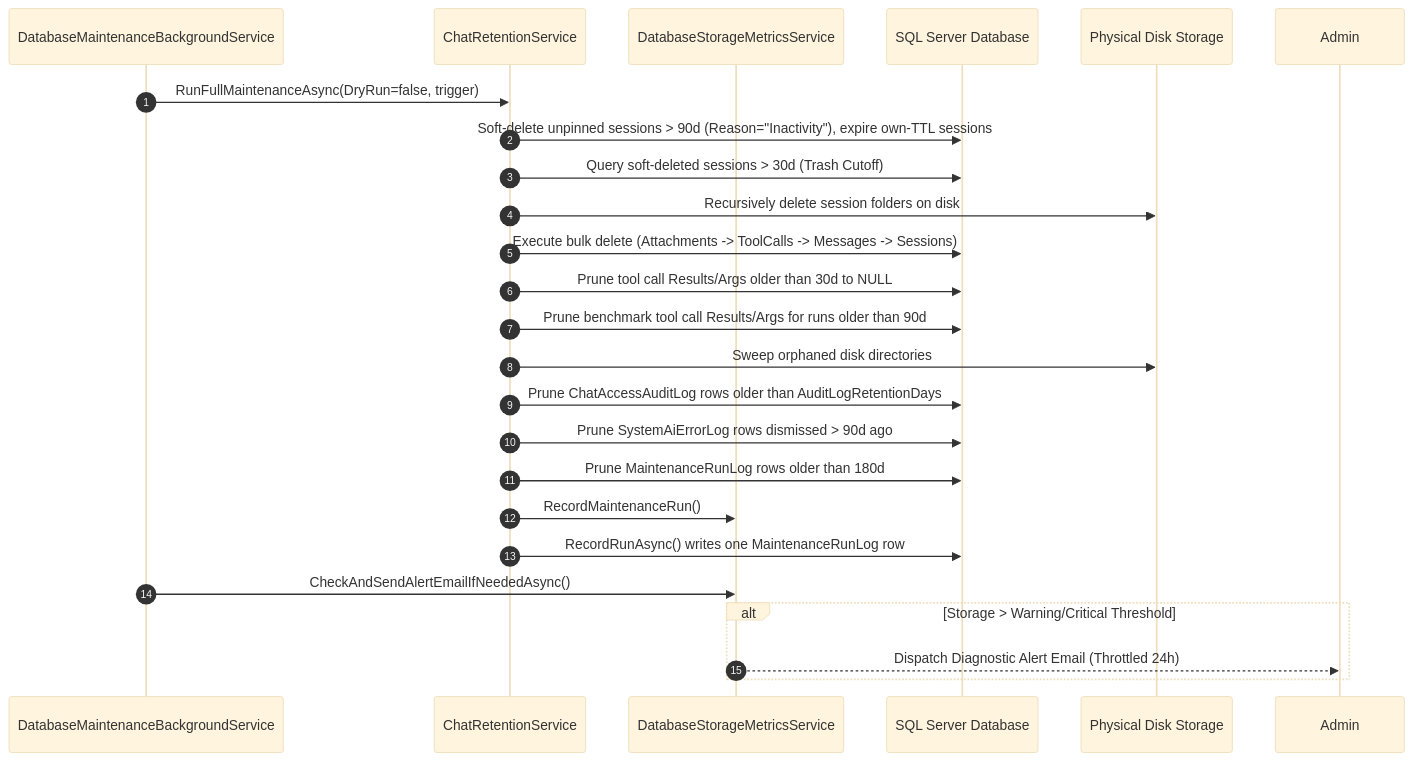
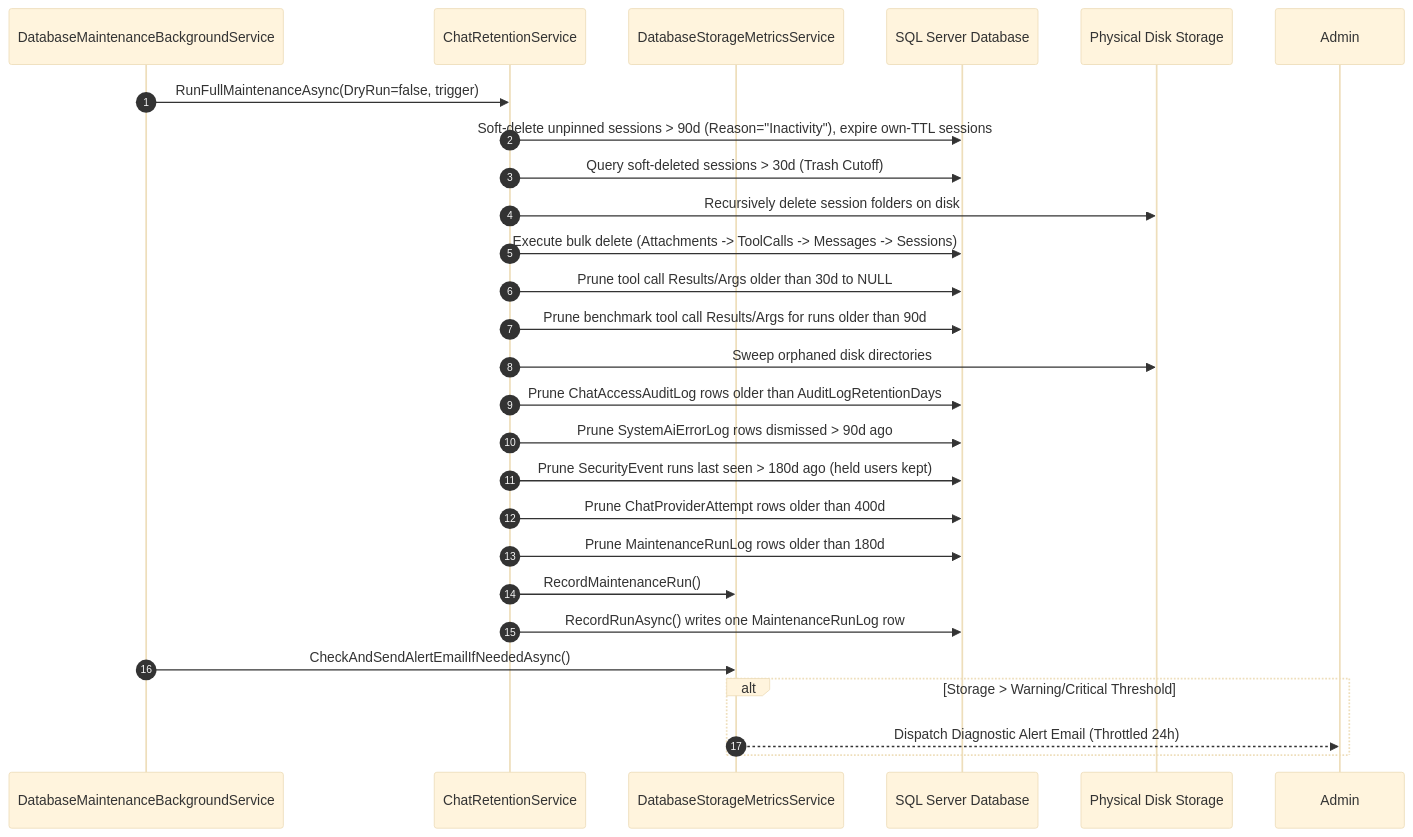
One commit to hyvanmielenpelit/MobileGnollHackLogger changed the second of 2 diagrams in .agents/skills/chat_retention_architecture/SKILL.md. Above: the diagram before and after it, drawn with Mermaid (base theme). The commit also changed other lines of this file and 178 other files, not shown here.

Commit message:
Overseer: AI Telemetry: Provider Availability, Cost, User Keys, Usage per User, Activity, Breakdown Cards and Charts & Limits and Security: Enforceable Per-User Limits, User Block, Provider Attribution, Security Events [ai_telemetry_breakdown_cards]

````diff
--- a/.agents/skills/chat_retention_architecture/SKILL.md
+++ b/.agents/skills/chat_retention_architecture/SKILL.md
@@ -184,27 +184,29 @@
 ```mermaid
 sequenceDiagram
     autonumber
     participant Engine as DatabaseMaintenanceBackgroundService
     participant Retention as ChatRetentionService
     participant Storage as DatabaseStorageMetricsService
     participant DB as SQL Server Database
     participant Disk as Physical Disk Storage
 
     Engine->>Retention: RunFullMaintenanceAsync(DryRun=false, trigger)
     Retention->>DB: Soft-delete unpinned sessions > 90d (Reason="Inactivity"), expire own-TTL sessions
     Retention->>DB: Query soft-deleted sessions > 30d (Trash Cutoff)
     Retention->>Disk: Recursively delete session folders on disk
     Retention->>DB: Execute bulk delete (Attachments -> ToolCalls -> Messages -> Sessions)
     Retention->>DB: Prune tool call Results/Args older than 30d to NULL
     Retention->>DB: Prune benchmark tool call Results/Args for runs older than 90d
     Retention->>Disk: Sweep orphaned disk directories
     Retention->>DB: Prune ChatAccessAuditLog rows older than AuditLogRetentionDays
     Retention->>DB: Prune SystemAiErrorLog rows dismissed > 90d ago
+    Retention->>DB: Prune SecurityEvent runs last seen > 180d ago (held users kept)
+    Retention->>DB: Prune ChatProviderAttempt rows older than 400d
     Retention->>DB: Prune MaintenanceRunLog rows older than 180d
     Retention->>Storage: RecordMaintenanceRun()
     Retention->>DB: RecordRunAsync() writes one MaintenanceRunLog row
     Engine->>Storage: CheckAndSendAlertEmailIfNeededAsync()
     alt Storage > Warning/Critical Threshold
         Storage-->>Admin: Dispatch Diagnostic Alert Email (Throttled 24h)
     end
 ```
````
